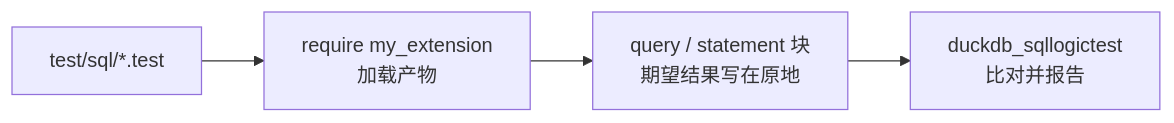
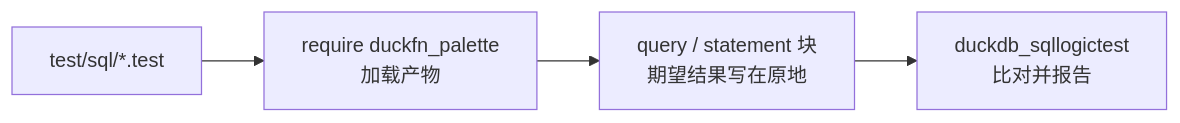
One commit to shijianjs/duckfn-palette changed the diagram in docs/i18n/zh-Hans/docusaurus-plugin-content-docs/current/development/testing.md. Above: the diagram before and after it, drawn with Mermaid. The commit also changed other lines of this file and 49 other files, not shown here.

````diff
--- a/docs/i18n/zh-Hans/docusaurus-plugin-content-docs/current/development/testing.md
+++ b/docs/i18n/zh-Hans/docusaurus-plugin-content-docs/current/development/testing.md
@@ -23,6 +23,6 @@
 ```mermaid
 flowchart LR
-    file["test/sql/*.test"] --> req["require my_extension<br/>加载产物"]
+    file["test/sql/*.test"] --> req["require duckfn_palette<br/>加载产物"]
     req --> blocks["query / statement 块<br/>期望结果写在原地"]
     blocks --> runner["duckdb_sqllogictest<br/>比对并报告"]
 ```
````
